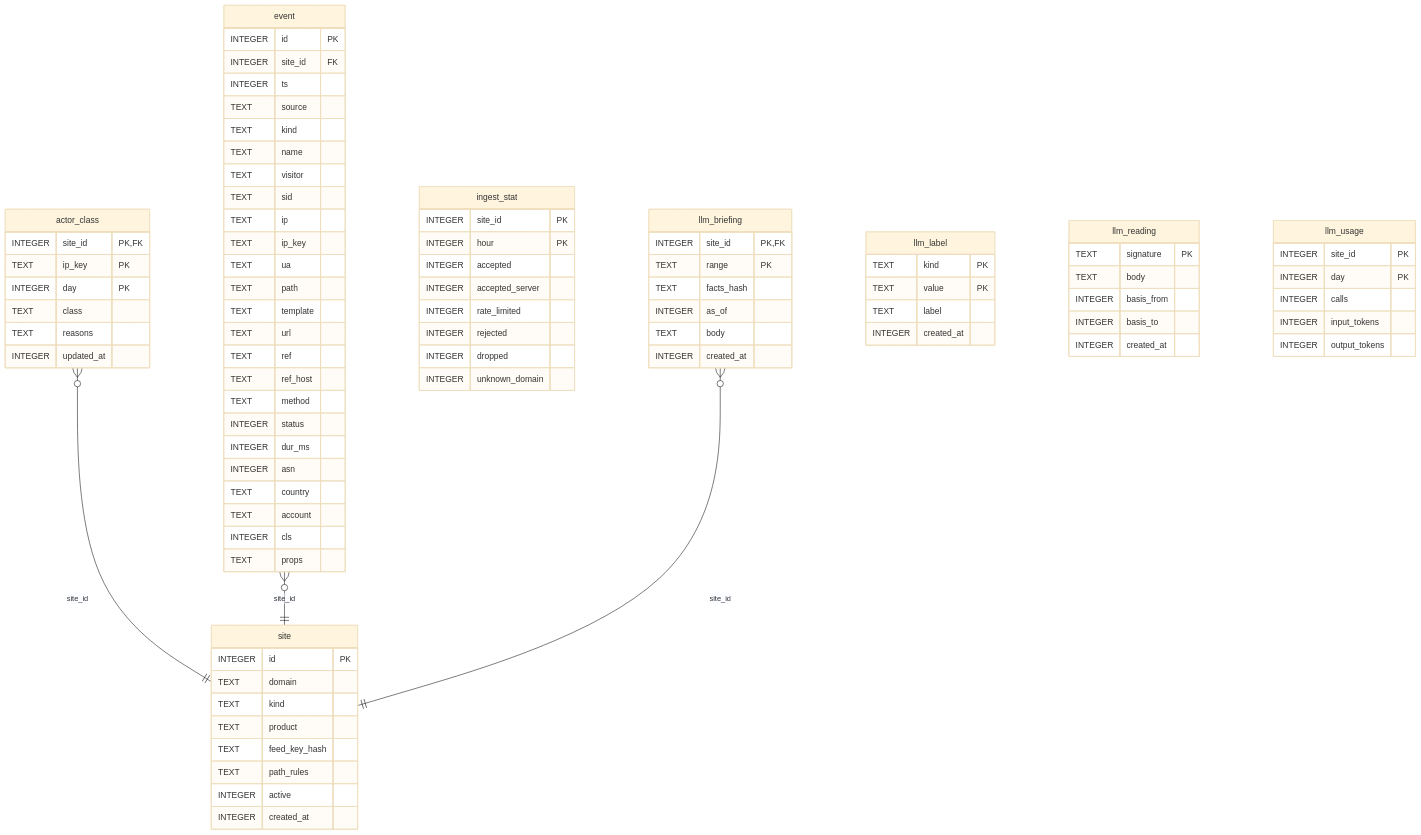
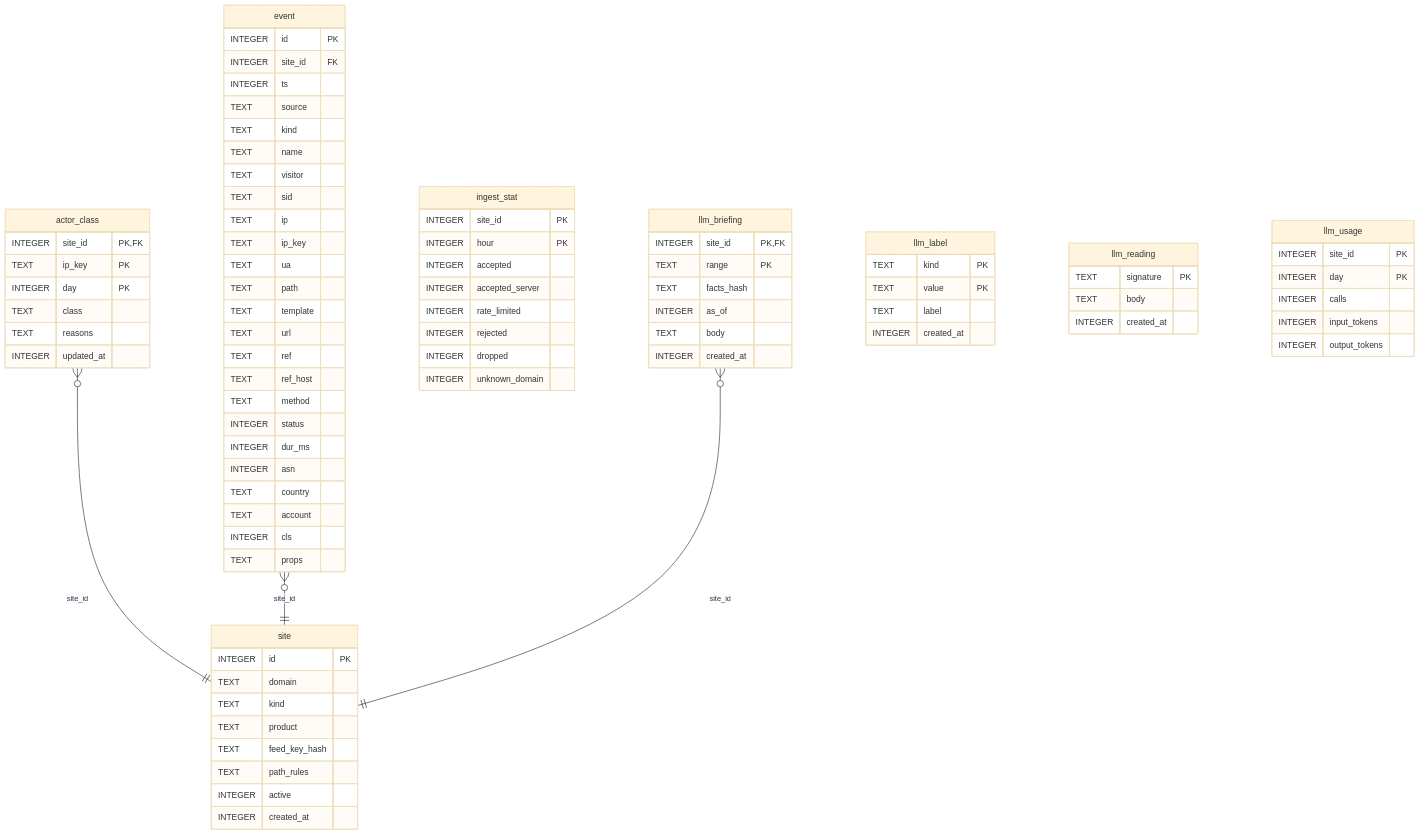
The diagram in docs/schema.md (trick77/nui), drawn with Mermaid (base theme) before and after one commit. The commit also changed other lines of this file and 14 other files, not shown here.

First line of the commit message:
backend: figure-free model text tied to fact ids, stable visitor pages

```diff
--- a/docs/schema.md
+++ b/docs/schema.md
@@ -272,8 +270,6 @@
     llm_reading {
         TEXT signature PK
         TEXT body
-        INTEGER basis_from
-        INTEGER basis_to
         INTEGER created_at
     }
     llm_usage {
```
